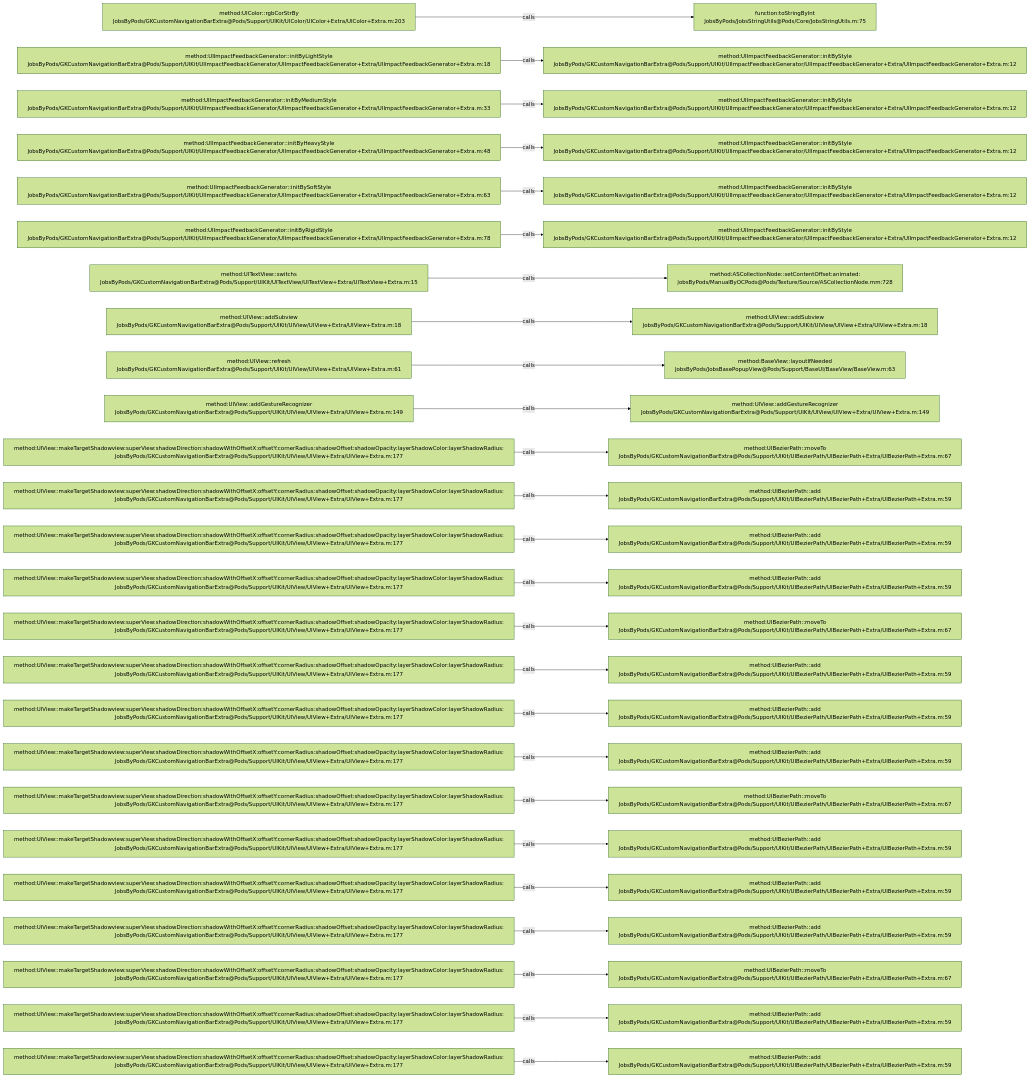
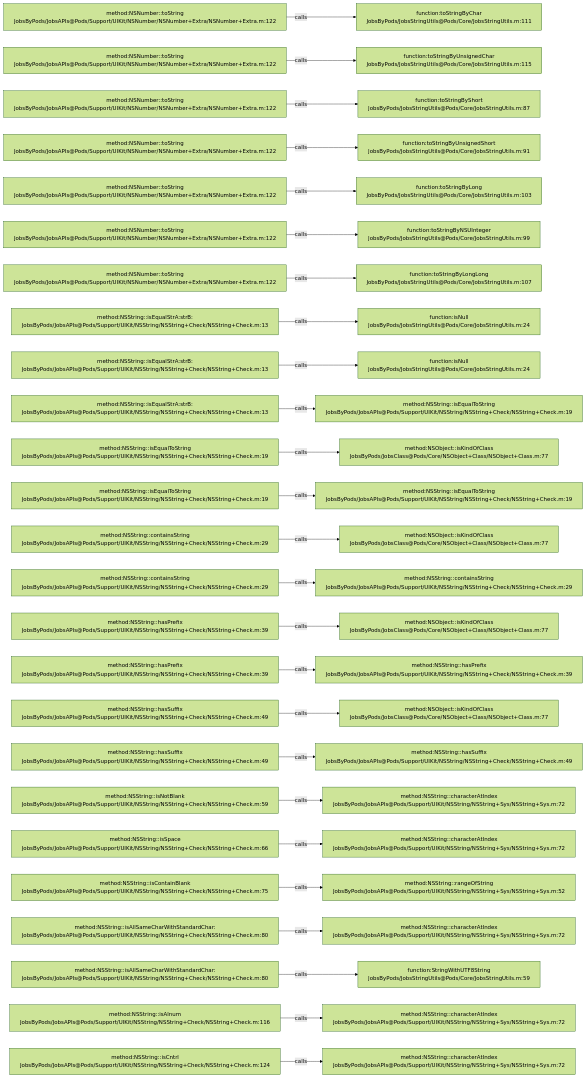
One commit to JobsKits/JobsOCBaseConfigDemo changed the diagram in .codegraph/codegraph.md/graphs/calls-007.md. Above: the diagram before and after it, drawn with Mermaid (forest theme). The commit also changed 573 other files, not shown here.

````diff
--- a/.codegraph/codegraph.md/graphs/calls-007.md
+++ b/.codegraph/codegraph.md/graphs/calls-007.md
@@ -13,78 +13,78 @@
 ```mermaid
 flowchart LR
-  S1["method:UIColor::rgbCorStrBy<br/>JobsByPods/GKCustomNavigationBarExtra@Pods/Support/UIKit/UIColor/UIColor+Extra/UIColor+Extra.m:203"]
-  T1["function:toStringByInt<br/>JobsByPods/JobsStringUtils@Pods/Core/JobsStringUtils.m:75"]
+  S1["method:NSNumber::toString<br/>JobsByPods/JobsAPIs@Pods/Support/UIKit/NSNumber/NSNumber+Extra/NSNumber+Extra.m:122"]
+  T1["function:toStringByChar<br/>JobsByPods/JobsStringUtils@Pods/Core/JobsStringUtils.m:111"]
   S1 -->|calls| T1
-  S2["method:UIImpactFeedbackGenerator::initByLightStyle<br/>JobsByPods/GKCustomNavigationBarExtra@Pods/Support/UIKit/UIImpactFeedbackGenerator/UIImpactFeedbackGenerator+Extra/UIImpactFeedbackGenerator+Extra.m:18"]
-  T2["method:UIImpactFeedbackGenerator::initByStyle<br/>JobsByPods/GKCustomNavigationBarExtra@Pods/Support/UIKit/UIImpactFeedbackGenerator/UIImpactFeedbackGenerator+Extra/UIImpactFeedbackGenerator+Extra.m:12"]
+  S2["method:NSNumber::toString<br/>JobsByPods/JobsAPIs@Pods/Support/UIKit/NSNumber/NSNumber+Extra/NSNumber+Extra.m:122"]
+  T2["function:toStringByUnsignedChar<br/>JobsByPods/JobsStringUtils@Pods/Core/JobsStringUtils.m:115"]
   S2 -->|calls| T2
-  S3["method:UIImpactFeedbackGenerator::initByMediumStyle<br/>JobsByPods/GKCustomNavigationBarExtra@Pods/Support/UIKit/UIImpactFeedbackGenerator/UIImpactFeedbackGenerator+Extra/UIImpactFeedbackGenerator+Extra.m:33"]
-  T3["method:UIImpactFeedbackGenerator::initByStyle<br/>JobsByPods/GKCustomNavigationBarExtra@Pods/Support/UIKit/UIImpactFeedbackGenerator/UIImpactFeedbackGenerator+Extra/UIImpactFeedbackGenerator+Extra.m:12"]
+  S3["method:NSNumber::toString<br/>JobsByPods/JobsAPIs@Pods/Support/UIKit/NSNumber/NSNumber+Extra/NSNumber+Extra.m:122"]
+  T3["function:toStringByShort<br/>JobsByPods/JobsStringUtils@Pods/Core/JobsStringUtils.m:87"]
   S3 -->|calls| T3
-  S4["method:UIImpactFeedbackGenerator::initByHeavyStyle<br/>JobsByPods/GKCustomNavigationBarExtra@Pods/Support/UIKit/UIImpactFeedbackGenerator/UIImpactFeedbackGenerator+Extra/UIImpactFeedbackGenerator+Extra.m:48"]
-  T4["method:UIImpactFeedbackGenerator::initByStyle<br/>JobsByPods/GKCustomNavigationBarExtra@Pods/Support/UIKit/UIImpactFeedbackGenerator/UIImpactFeedbackGenerator+Extra/UIImpactFeedbackGenerator+Extra.m:12"]
+  S4["method:NSNumber::toString<br/>JobsByPods/JobsAPIs@Pods/Support/UIKit/NSNumber/NSNumber+Extra/NSNumber+Extra.m:122"]
+  T4["function:toStringByUnsignedShort<br/>JobsByPods/JobsStringUtils@Pods/Core/JobsStringUtils.m:91"]
   S4 -->|calls| T4
-  S5["method:UIImpactFeedbackGenerator::initBySoftStyle<br/>JobsByPods/GKCustomNavigationBarExtra@Pods/Support/UIKit/UIImpactFeedbackGenerator/UIImpactFeedbackGenerator+Extra/UIImpactFeedbackGenerator+Extra.m:63"]
-  T5["method:UIImpactFeedbackGenerator::initByStyle<br/>JobsByPods/GKCustomNavigationBarExtra@Pods/Support/UIKit/UIImpactFeedbackGenerator/UIImpactFeedbackGenerator+Extra/UIImpactFeedbackGenerator+Extra.m:12"]
+  S5["method:NSNumber::toString<br/>JobsByPods/JobsAPIs@Pods/Support/UIKit/NSNumber/NSNumber+Extra/NSNumber+Extra.m:122"]
+  T5["function:toStringByLong<br/>JobsByPods/JobsStringUtils@Pods/Core/JobsStringUtils.m:103"]
   S5 -->|calls| T5
-  S6["method:UIImpactFeedbackGenerator::initByRigidStyle<br/>JobsByPods/GKCustomNavigationBarExtra@Pods/Support/UIKit/UIImpactFeedbackGenerator/UIImpactFeedbackGenerator+Extra/UIImpactFeedbackGenerator+Extra.m:78"]
-  T6["method:UIImpactFeedbackGenerator::initByStyle<br/>JobsByPods/GKCustomNavigationBarExtra@Pods/Support/UIKit/UIImpactFeedbackGenerator/UIImpactFeedbackGenerator+Extra/UIImpactFeedbackGenerator+Extra.m:12"]
+  S6["method:NSNumber::toString<br/>JobsByPods/JobsAPIs@Pods/Support/UIKit/NSNumber/NSNumber+Extra/NSNumber+Extra.m:122"]
+  T6["function:toStringByNSUInteger<br/>JobsByPods/JobsStringUtils@Pods/Core/JobsStringUtils.m:99"]
   S6 -->|calls| T6
-  S7["method:UITextView::switchs<br/>JobsByPods/GKCustomNavigationBarExtra@Pods/Support/UIKit/UITextView/UITextView+Extra/UITextView+Extra.m:15"]
-  T7["method:ASCollectionNode::setContentOffset:animated:<br/>JobsByPods/ManualByOCPods@Pods/Texture/Source/ASCollectionNode.mm:728"]
+  S7["method:NSNumber::toString<br/>JobsByPods/JobsAPIs@Pods/Support/UIKit/NSNumber/NSNumber+Extra/NSNumber+Extra.m:122"]
+  T7["function:toStringByLongLong<br/>JobsByPods/JobsStringUtils@Pods/Core/JobsStringUtils.m:107"]
   S7 -->|calls| T7
-  S8["method:UIView::addSubview<br/>JobsByPods/GKCustomNavigationBarExtra@Pods/Support/UIKit/UIView/UIView+Extra/UIView+Extra.m:18"]
-  T8["method:UIView::addSubview<br/>JobsByPods/GKCustomNavigationBarExtra@Pods/Support/UIKit/UIView/UIView+Extra/UIView+Extra.m:18"]
+  S8["method:NSString::isEqualStrA:strB:<br/>JobsByPods/JobsAPIs@Pods/Support/UIKit/NSString/NSString+Check/NSString+Check.m:13"]
+  T8["function:isNull<br/>JobsByPods/JobsStringUtils@Pods/Core/JobsStringUtils.m:24"]
   S8 -->|calls| T8
-  S9["method:UIView::refresh<br/>JobsByPods/GKCustomNavigationBarExtra@Pods/Support/UIKit/UIView/UIView+Extra/UIView+Extra.m:61"]
-  T9["method:BaseView::layoutIfNeeded<br/>JobsByPods/JobsBasePopupView@Pods/Support/BaseUI/BaseView/BaseView.m:63"]
+  S9["method:NSString::isEqualStrA:strB:<br/>JobsByPods/JobsAPIs@Pods/Support/UIKit/NSString/NSString+Check/NSString+Check.m:13"]
+  T9["function:isNull<br/>JobsByPods/JobsStringUtils@Pods/Core/JobsStringUtils.m:24"]
   S9 -->|calls| T9
-  S10["method:UIView::addGestureRecognizer<br/>JobsByPods/GKCustomNavigationBarExtra@Pods/Support/UIKit/UIView/UIView+Extra/UIView+Extra.m:149"]
-  T10["method:UIView::addGestureRecognizer<br/>JobsByPods/GKCustomNavigationBarExtra@Pods/Support/UIKit/UIView/UIView+Extra/UIView+Extra.m:149"]
+  S10["method:NSString::isEqualStrA:strB:<br/>JobsByPods/JobsAPIs@Pods/Support/UIKit/NSString/NSString+Check/NSString+Check.m:13"]
+  T10["method:NSString::isEqualToString<br/>JobsByPods/JobsAPIs@Pods/Support/UIKit/NSString/NSString+Check/NSString+Check.m:19"]
   S10 -->|calls| T10
-  S11["method:UIView::makeTargetShadowview:superView:shadowDirection:shadowWithOffsetX:offsetY:cornerRadius:shadowOffset:shadowOpacity:layerShadowColor:layerShadowRadius:<br/>JobsByPods/GKCustomNavigationBarExtra@Pods/Support/UIKit/UIView/UIView+Extra/UIView+Extra.m:177"]
-  T11["method:UIBezierPath::moveTo<br/>JobsByPods/GKCustomNavigationBarExtra@Pods/Support/UIKit/UIBezierPath/UIBezierPath+Extra/UIBezierPath+Extra.m:67"]
+  S11["method:NSString::isEqualToString<br/>JobsByPods/JobsAPIs@Pods/Support/UIKit/NSString/NSString+Check/NSString+Check.m:19"]
+  T11["method:NSObject::isKindOfClass<br/>JobsByPods/JobsClass@Pods/Core/NSObject+Class/NSObject+Class.m:77"]
   S11 -->|calls| T11
-  S12["method:UIView::makeTargetShadowview:superView:shadowDirection:shadowWithOffsetX:offsetY:cornerRadius:shadowOffset:shadowOpacity:layerShadowColor:layerShadowRadius:<br/>JobsByPods/GKCustomNavigationBarExtra@Pods/Support/UIKit/UIView/UIView+Extra/UIView+Extra.m:177"]
-  T12["method:UIBezierPath::add<br/>JobsByPods/GKCustomNavigationBarExtra@Pods/Support/UIKit/UIBezierPath/UIBezierPath+Extra/UIBezierPath+Extra.m:59"]
+  S12["method:NSString::isEqualToString<br/>JobsByPods/JobsAPIs@Pods/Support/UIKit/NSString/NSString+Check/NSString+Check.m:19"]
+  T12["method:NSString::isEqualToString<br/>JobsByPods/JobsAPIs@Pods/Support/UIKit/NSString/NSString+Check/NSString+Check.m:19"]
   S12 -->|calls| T12
-  S13["method:UIView::makeTargetShadowview:superView:shadowDirection:shadowWithOffsetX:offsetY:cornerRadius:shadowOffset:shadowOpacity:layerShadowColor:layerShadowRadius:<br/>JobsByPods/GKCustomNavigationBarExtra@Pods/Support/UIKit/UIView/UIView+Extra/UIView+Extra.m:177"]
-  T13["method:UIBezierPath::add<br/>JobsByPods/GKCustomNavigationBarExtra@Pods/Support/UIKit/UIBezierPath/UIBezierPath+Extra/UIBezierPath+Extra.m:59"]
+  S13["method:NSString::containsString<br/>JobsByPods/JobsAPIs@Pods/Support/UIKit/NSString/NSString+Check/NSString+Check.m:29"]
+  T13["method:NSObject::isKindOfClass<br/>JobsByPods/JobsClass@Pods/Core/NSObject+Class/NSObject+Class.m:77"]
   S13 -->|calls| T13
-  S14["method:UIView::makeTargetShadowview:superView:shadowDirection:shadowWithOffsetX:offsetY:cornerRadius:shadowOffset:shadowOpacity:layerShadowColor:layerShadowRadius:<br/>JobsByPods/GKCustomNavigationBarExtra@Pods/Support/UIKit/UIView/UIView+Extra/UIView+Extra.m:177"]
-  T14["method:UIBezierPath::add<br/>JobsByPods/GKCustomNavigationBarExtra@Pods/Support/UIKit/UIBezierPath/UIBezierPath+Extra/UIBezierPath+Extra.m:59"]
+  S14["method:NSString::containsString<br/>JobsByPods/JobsAPIs@Pods/Support/UIKit/NSString/NSString+Check/NSString+Check.m:29"]
+  T14["method:NSString::containsString<br/>JobsByPods/JobsAPIs@Pods/Support/UIKit/NSString/NSString+Check/NSString+Check.m:29"]
   S14 -->|calls| T14
-  S15["method:UIView::makeTargetShadowview:superView:shadowDirection:shadowWithOffsetX:offsetY:cornerRadius:shadowOffset:shadowOpacity:layerShadowColor:layerShadowRadius:<br/>JobsByPods/GKCustomNavigationBarExtra@Pods/Support/UIKit/UIView/UIView+Extra/UIView+Extra.m:177"]
-  T15["method:UIBezierPath::moveTo<br/>JobsByPods/GKCustomNavigationBarExtra@Pods/Support/UIKit/UIBezierPath/UIBezierPath+Extra/UIBezierPath+Extra.m:67"]
+  S15["method:NSString::hasPrefix<br/>JobsByPods/JobsAPIs@Pods/Support/UIKit/NSString/NSString+Check/NSString+Check.m:39"]
+  T15["method:NSObject::isKindOfClass<br/>JobsByPods/JobsClass@Pods/Core/NSObject+Class/NSObject+Class.m:77"]
   S15 -->|calls| T15
-  S16["method:UIView::makeTargetShadowview:superView:shadowDirection:shadowWithOffsetX:offsetY:cornerRadius:shadowOffset:shadowOpacity:layerShadowColor:layerShadowRadius:<br/>JobsByPods/GKCustomNavigationBarExtra@Pods/Support/UIKit/UIView/UIView+Extra/UIView+Extra.m:177"]
-  T16["method:UIBezierPath::add<br/>JobsByPods/GKCustomNavigationBarExtra@Pods/Support/UIKit/UIBezierPath/UIBezierPath+Extra/UIBezierPath+Extra.m:59"]
+  S16["method:NSString::hasPrefix<br/>JobsByPods/JobsAPIs@Pods/Support/UIKit/NSString/NSString+Check/NSString+Check.m:39"]
+  T16["method:NSString::hasPrefix<br/>JobsByPods/JobsAPIs@Pods/Support/UIKit/NSString/NSString+Check/NSString+Check.m:39"]
   S16 -->|calls| T16
-  S17["method:UIView::makeTargetShadowview:superView:shadowDirection:shadowWithOffsetX:offsetY:cornerRadius:shadowOffset:shadowOpacity:layerShadowColor:layerShadowRadius:<br/>JobsByPods/GKCustomNavigationBarExtra@Pods/Support/UIKit/UIView/UIView+Extra/UIView+Extra.m:177"]
-  T17["method:UIBezierPath::add<br/>JobsByPods/GKCustomNavigationBarExtra@Pods/Support/UIKit/UIBezierPath/UIBezierPath+Extra/UIBezierPath+Extra.m:59"]
+  S17["method:NSString::hasSuffix<br/>JobsByPods/JobsAPIs@Pods/Support/UIKit/NSString/NSString+Check/NSString+Check.m:49"]
+  T17["method:NSObject::isKindOfClass<br/>JobsByPods/JobsClass@Pods/Core/NSObject+Class/NSObject+Class.m:77"]
   S17 -->|calls| T17
-  S18["method:UIView::makeTargetShadowview:superView:shadowDirection:shadowWithOffsetX:offsetY:cornerRadius:shadowOffset:shadowOpacity:layerShadowColor:layerShadowRadius:<br/>JobsByPods/GKCustomNavigationBarExtra@Pods/Support/UIKit/UIView/UIView+Extra/UIView+Extra.m:177"]
-  T18["method:UIBezierPath::add<br/>JobsByPods/GKCustomNavigationBarExtra@Pods/Support/UIKit/UIBezierPath/UIBezierPath+Extra/UIBezierPath+Extra.m:59"]
+  S18["method:NSString::hasSuffix<br/>JobsByPods/JobsAPIs@Pods/Support/UIKit/NSString/NSString+Check/NSString+Check.m:49"]
+  T18["method:NSString::hasSuffix<br/>JobsByPods/JobsAPIs@Pods/Support/UIKit/NSString/NSString+Check/NSString+Check.m:49"]
   S18 -->|calls| T18
-  S19["method:UIView::makeTargetShadowview:superView:shadowDirection:shadowWithOffsetX:offsetY:cornerRadius:shadowOffset:shadowOpacity:layerShadowColor:layerShadowRadius:<br/>JobsByPods/GKCustomNavigationBarExtra@Pods/Support/UIKit/UIView/UIView+Extra/UIView+Extra.m:177"]
-  T19["method:UIBezierPath::moveTo<br/>JobsByPods/GKCustomNavigationBarExtra@Pods/Support/UIKit/UIBezierPath/UIBezierPath+Extra/UIBezierPath+Extra.m:67"]
+  S19["method:NSString::isNotBlank<br/>JobsByPods/JobsAPIs@Pods/Support/UIKit/NSString/NSString+Check/NSString+Check.m:59"]
+  T19["method:NSString::characterAtIndex<br/>JobsByPods/JobsAPIs@Pods/Support/UIKit/NSString/NSString+Sys/NSString+Sys.m:72"]
   S19 -->|calls| T19
-  S20["method:UIView::makeTargetShadowview:superView:shadowDirection:shadowWithOffsetX:offsetY:cornerRadius:shadowOffset:shadowOpacity:layerShadowColor:layerShadowRadius:<br/>JobsByPods/GKCustomNavigationBarExtra@Pods/Support/UIKit/UIView/UIView+Extra/UIView+Extra.m:177"]
-  T20["method:UIBezierPath::add<br/>JobsByPods/GKCustomNavigationBarExtra@Pods/Support/UIKit/UIBezierPath/UIBezierPath+Extra/UIBezierPath+Extra.m:59"]
+  S20["method:NSString::isSpace<br/>JobsByPods/JobsAPIs@Pods/Support/UIKit/NSString/NSString+Check/NSString+Check.m:66"]
+  T20["method:NSString::characterAtIndex<br/>JobsByPods/JobsAPIs@Pods/Support/UIKit/NSString/NSString+Sys/NSString+Sys.m:72"]
   S20 -->|calls| T20
-  S21["method:UIView::makeTargetShadowview:superView:shadowDirection:shadowWithOffsetX:offsetY:cornerRadius:shadowOffset:shadowOpacity:layerShadowColor:layerShadowRadius:<br/>JobsByPods/GKCustomNavigationBarExtra@Pods/Support/UIKit/UIView/UIView+Extra/UIView+Extra.m:177"]
-  T21["method:UIBezierPath::add<br/>JobsByPods/GKCustomNavigationBarExtra@Pods/Support/UIKit/UIBezierPath/UIBezierPath+Extra/UIBezierPath+Extra.m:59"]
+  S21["method:NSString::isContainBlank<br/>JobsByPods/JobsAPIs@Pods/Support/UIKit/NSString/NSString+Check/NSString+Check.m:75"]
+  T21["method:NSString::rangeOfString<br/>JobsByPods/JobsAPIs@Pods/Support/UIKit/NSString/NSString+Sys/NSString+Sys.m:52"]
   S21 -->|calls| T21
-  S22["method:UIView::makeTargetShadowview:superView:shadowDirection:shadowWithOffsetX:offsetY:cornerRadius:shadowOffset:shadowOpacity:layerShadowColor:layerShadowRadius:<br/>JobsByPods/GKCustomNavigationBarExtra@Pods/Support/UIKit/UIView/UIView+Extra/UIView+Extra.m:177"]
-  T22["method:UIBezierPath::add<br/>JobsByPods/GKCustomNavigationBarExtra@Pods/Support/UIKit/UIBezierPath/UIBezierPath+Extra/UIBezierPath+Extra.m:59"]
+  S22["method:NSString::isAllSameCharWithStandardChar:<br/>JobsByPods/JobsAPIs@Pods/Support/UIKit/NSString/NSString+Check/NSString+Check.m:80"]
+  T22["method:NSString::characterAtIndex<br/>JobsByPods/JobsAPIs@Pods/Support/UIKit/NSString/NSString+Sys/NSString+Sys.m:72"]
   S22 -->|calls| T22
-  S23["method:UIView::makeTargetShadowview:superView:shadowDirection:shadowWithOffsetX:offsetY:cornerRadius:shadowOffset:shadowOpacity:layerShadowColor:layerShadowRadius:<br/>JobsByPods/GKCustomNavigationBarExtra@Pods/Support/UIKit/UIView/UIView+Extra/UIView+Extra.m:177"]
-  T23["method:UIBezierPath::moveTo<br/>JobsByPods/GKCustomNavigationBarExtra@Pods/Support/UIKit/UIBezierPath/UIBezierPath+Extra/UIBezierPath+Extra.m:67"]
+  S23["method:NSString::isAllSameCharWithStandardChar:<br/>JobsByPods/JobsAPIs@Pods/Support/UIKit/NSString/NSString+Check/NSString+Check.m:80"]
+  T23["function:StringWithUTF8String<br/>JobsByPods/JobsStringUtils@Pods/Core/JobsStringUtils.m:59"]
   S23 -->|calls| T23
-  S24["method:UIView::makeTargetShadowview:superView:shadowDirection:shadowWithOffsetX:offsetY:cornerRadius:shadowOffset:shadowOpacity:layerShadowColor:layerShadowRadius:<br/>JobsByPods/GKCustomNavigationBarExtra@Pods/Support/UIKit/UIView/UIView+Extra/UIView+Extra.m:177"]
-  T24["method:UIBezierPath::add<br/>JobsByPods/GKCustomNavigationBarExtra@Pods/Support/UIKit/UIBezierPath/UIBezierPath+Extra/UIBezierPath+Extra.m:59"]
+  S24["method:NSString::isAlnum<br/>JobsByPods/JobsAPIs@Pods/Support/UIKit/NSString/NSString+Check/NSString+Check.m:116"]
+  T24["method:NSString::characterAtIndex<br/>JobsByPods/JobsAPIs@Pods/Support/UIKit/NSString/NSString+Sys/NSString+Sys.m:72"]
   S24 -->|calls| T24
-  S25["method:UIView::makeTargetShadowview:superView:shadowDirection:shadowWithOffsetX:offsetY:cornerRadius:shadowOffset:shadowOpacity:layerShadowColor:layerShadowRadius:<br/>JobsByPods/GKCustomNavigationBarExtra@Pods/Support/UIKit/UIView/UIView+Extra/UIView+Extra.m:177"]
-  T25["method:UIBezierPath::add<br/>JobsByPods/GKCustomNavigationBarExtra@Pods/Support/UIKit/UIBezierPath/UIBezierPath+Extra/UIBezierPath+Extra.m:59"]
+  S25["method:NSString::isCntrl<br/>JobsByPods/JobsAPIs@Pods/Support/UIKit/NSString/NSString+Check/NSString+Check.m:124"]
+  T25["method:NSString::characterAtIndex<br/>JobsByPods/JobsAPIs@Pods/Support/UIKit/NSString/NSString+Sys/NSString+Sys.m:72"]
   S25 -->|calls| T25
 ```
````
